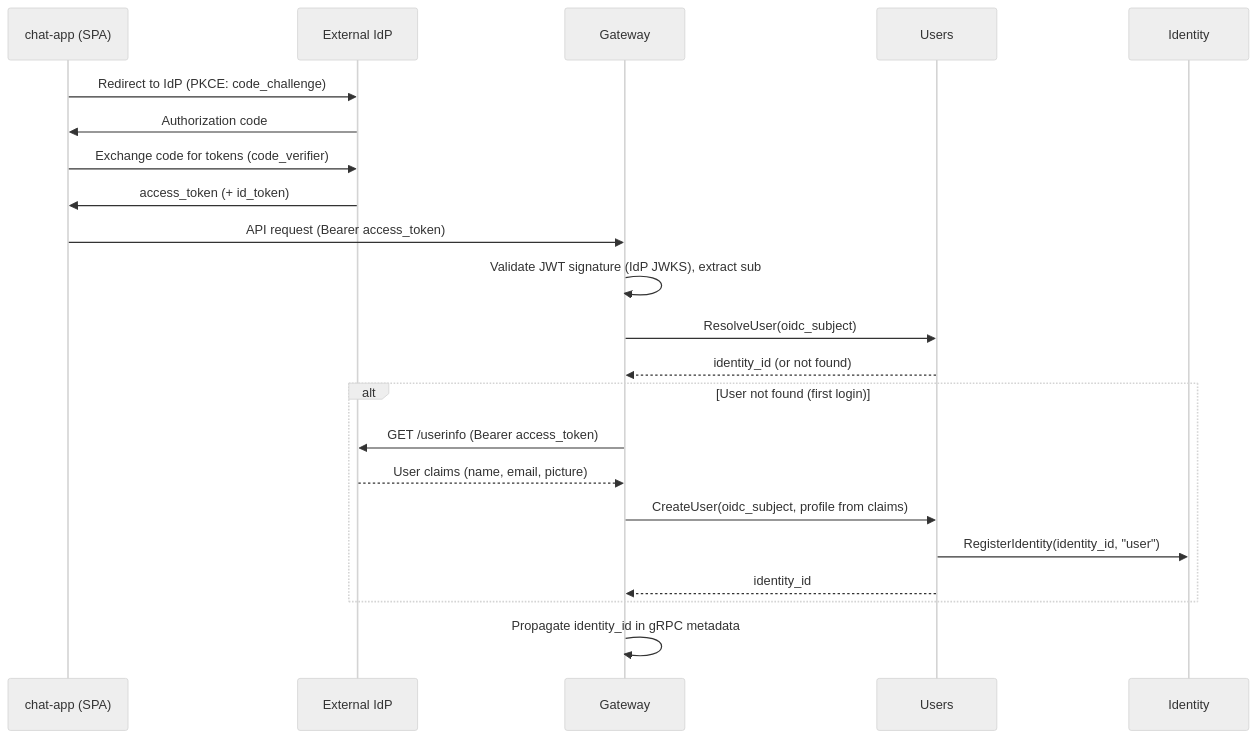
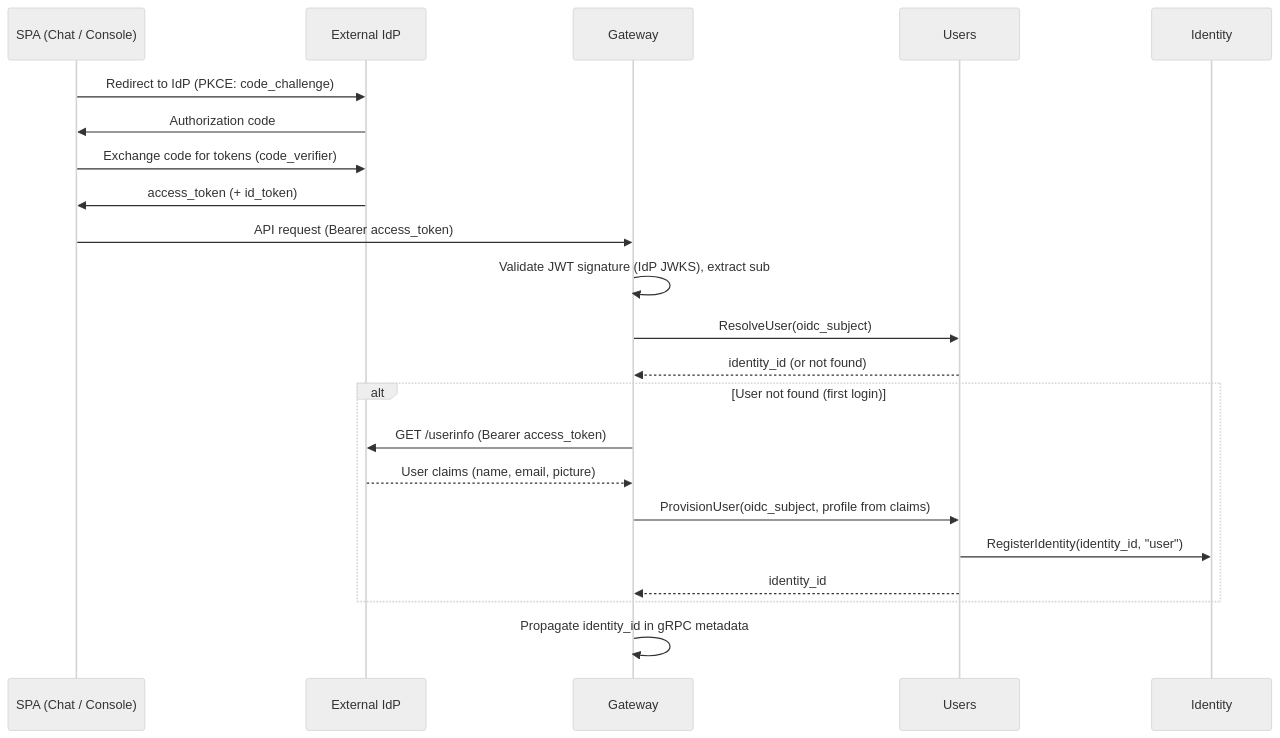
Before and after one commit to agynio/architecture: the first of 2 diagrams in architecture/authn.md, drawn with Mermaid (neutral theme). The commit also changed other lines of this file and 9 other files, not shown here.

````diff
--- a/architecture/authn.md
+++ b/architecture/authn.md
@@ -37,25 +37,25 @@
 ```mermaid
 sequenceDiagram
-    participant App as chat-app (SPA)
+    participant App as SPA (Chat / Console)
     participant IdP as External IdP
     participant GW as Gateway
     participant US as Users
     participant IS as Identity
 
     App->>IdP: Redirect to IdP (PKCE: code_challenge)
     IdP->>App: Authorization code
     App->>IdP: Exchange code for tokens (code_verifier)
     IdP->>App: access_token (+ id_token)
     App->>GW: API request (Bearer access_token)
     GW->>GW: Validate JWT signature (IdP JWKS), extract sub
     GW->>US: ResolveUser(oidc_subject)
     US-->>GW: identity_id (or not found)
     alt User not found (first login)
         GW->>IdP: GET /userinfo (Bearer access_token)
         IdP-->>GW: User claims (name, email, picture)
-        GW->>US: CreateUser(oidc_subject, profile from claims)
+        GW->>US: ProvisionUser(oidc_subject, profile from claims)
         US->>IS: RegisterIdentity(identity_id, "user")
         US-->>GW: identity_id
     end
     GW->>GW: Propagate identity_id in gRPC metadata
 ```
````
